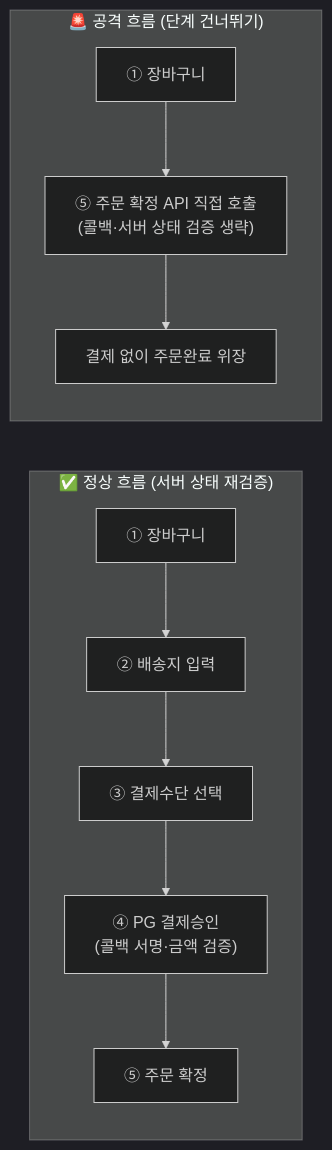
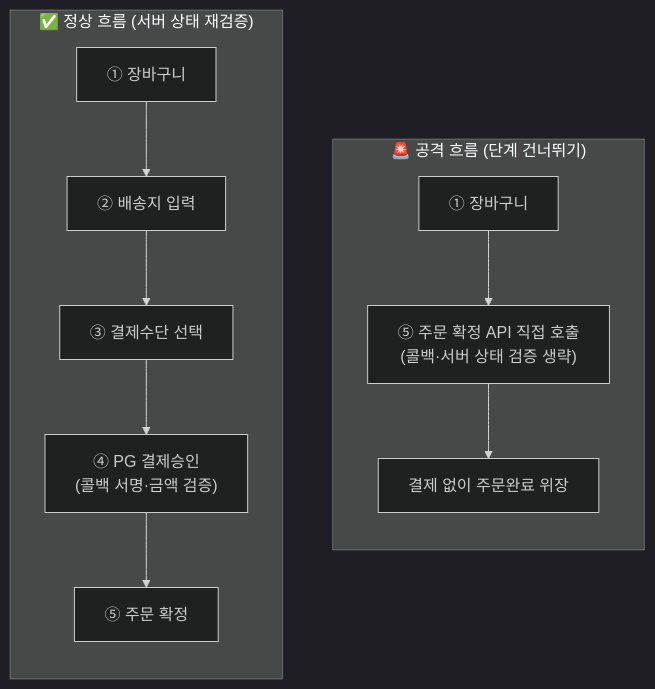
Before and after one commit to gooyong-sec/gooyong-sec.github.io: the second of 2 diagrams in content/웹취약점/웹 취약점 진단 로직편 — 비즈니스 로직 결함 찾는 법.md, drawn with Mermaid (dark theme). The commit also changed 4 other files, not shown here.

First line of the commit message:
fix: prevent overlapping mermaid subgraphs with no connecting edges

````diff
--- a/content/웹취약점/웹 취약점 진단 로직편 — 비즈니스 로직 결함 찾는 법.md
+++ b/content/웹취약점/웹 취약점 진단 로직편 — 비즈니스 로직 결함 찾는 법.md
@@ -54,9 +54,10 @@
 ```mermaid
 flowchart LR
     subgraph Normal["✅ 정상 흐름 (서버 상태 재검증)"]
         A1["① 장바구니"] --> A2["② 배송지 입력"] --> A3["③ 결제수단 선택"] --> A4["④ PG 결제승인<br/>(콜백 서명·금액 검증)"] --> A5["⑤ 주문 확정"]
     end
     subgraph Attack["🚨 공격 흐름 (단계 건너뛰기)"]
         B1["① 장바구니"] --> B5["⑤ 주문 확정 API 직접 호출<br/>(콜백·서버 상태 검증 생략)"] --> B6["결제 없이 주문완료 위장"]
     end
+    Normal ~~~ Attack
 ```
````
